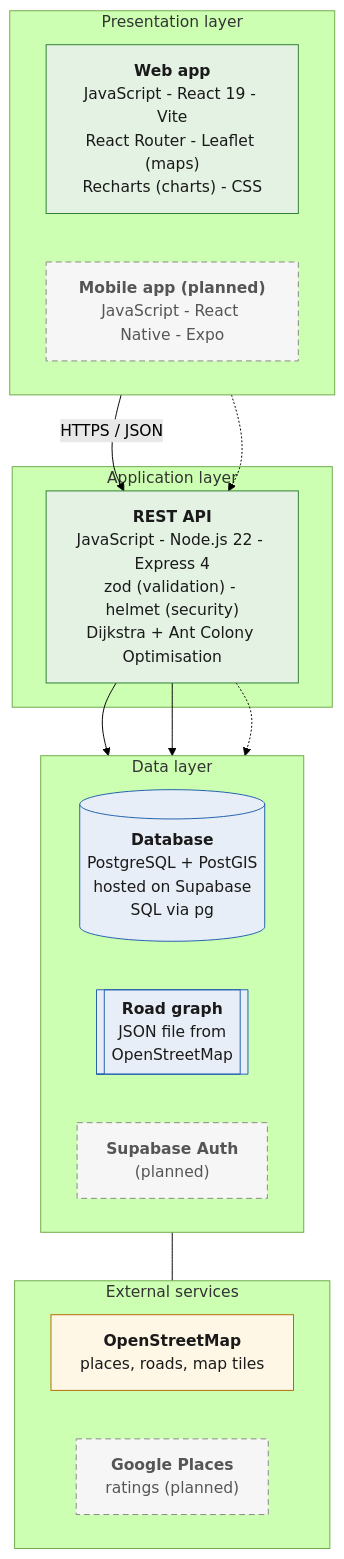
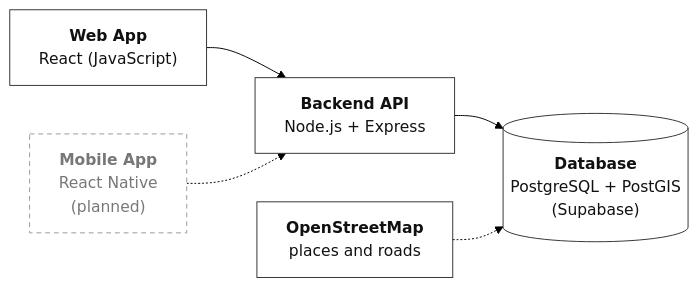
One commit to vonAkym/MyMakanRoute changed the first of 2 diagrams in docs/architecture.md. Above: the diagram before and after it, drawn with Mermaid (forest theme). The commit also changed other lines of this file and 1 other file, not shown here.

Commit message:
Reduce system architecture diagram to five boxes

````diff
--- a/docs/architecture.md
+++ b/docs/architecture.md
@@ -16,37 +16,14 @@
 ```mermaid
-flowchart TB
-  classDef built fill:#e3f2e3,stroke:#2e7d32,color:#1a1a1a
-  classDef planned stroke-dasharray: 6 4,stroke:#888,color:#555,fill:#f6f6f6
-  classDef data fill:#e8eef7,stroke:#1f5fae,color:#1a1a1a
-  classDef ext fill:#fff7e6,stroke:#b26a00,color:#1a1a1a
-
-  subgraph P["Presentation layer"]
-    direction LR
-    WEB["<b>Web app</b><br/>JavaScript - React 19 - Vite<br/>React Router - Leaflet (maps)<br/>Recharts (charts) - CSS"]:::built
-    MOB["<b>Mobile app (planned)</b><br/>JavaScript - React Native - Expo"]:::planned
-  end
-
-  subgraph A["Application layer"]
-    API["<b>REST API</b><br/>JavaScript - Node.js 22 - Express 4<br/>zod (validation) - helmet (security)<br/>Dijkstra + Ant Colony Optimisation"]:::built
-  end
-
-  subgraph D["Data layer"]
-    direction LR
-    DB[("<b>Database</b><br/>PostgreSQL + PostGIS<br/>hosted on Supabase<br/>SQL via pg")]:::data
-    GRAPH[["<b>Road graph</b><br/>JSON file from<br/>OpenStreetMap"]]:::data
-    AUTH["<b>Supabase Auth</b><br/>(planned)"]:::planned
-  end
-
-  subgraph E["External services"]
-    direction LR
-    OSM["<b>OpenStreetMap</b><br/>places, roads, map tiles"]:::ext
-    GP["<b>Google Places</b><br/>ratings (planned)"]:::planned
-  end
-
-  WEB -- "HTTPS / JSON" --> API
+flowchart LR
+  classDef box fill:#ffffff,stroke:#333,color:#111
+  classDef planned fill:#ffffff,stroke:#999,color:#777,stroke-dasharray: 5 4
+  WEB["<b>Web App</b><br/>React (JavaScript)"]:::box
+  MOB["<b>Mobile App</b><br/>React Native<br/>(planned)"]:::planned
+  API["<b>Backend API</b><br/>Node.js + Express"]:::box
+  DB[("<b>Database</b><br/>PostgreSQL + PostGIS<br/>(Supabase)")]:::box
+  OSM["<b>OpenStreetMap</b><br/>places and roads"]:::box
+  WEB --> API
   MOB -.-> API
   API --> DB
-  API --> GRAPH
-  API -.-> AUTH
-  D --- E
+  OSM -.-> DB
 ```
````
